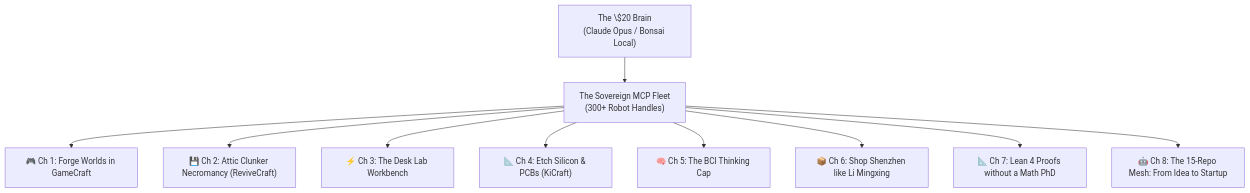
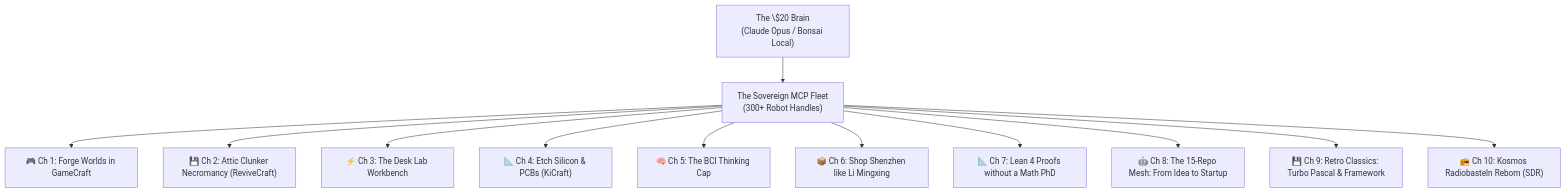
The diagram in docs/YOUNG_DEVS_ILLUSTRATED_PRIMER.md (sandraschi/documentation-mcp), drawn with Mermaid before and after one commit. The commit also changed other lines of this file and 1 other file, not shown here.

Commit message:
docs: add Chapter 9 (Turbo Pascal & Framework) and Chapter 10 (Kosmos Radiobasteln Reborn) to primer

````diff
--- a/docs/YOUNG_DEVS_ILLUSTRATED_PRIMER.md
+++ b/docs/YOUNG_DEVS_ILLUSTRATED_PRIMER.md
@@ -8,16 +8,18 @@
 ```mermaid
 flowchart TD
   Brain["The \$20 Brain<br/>(Claude Opus / Bonsai Local)"]
   Fleet["The Sovereign MCP Fleet<br/>(300+ Robot Handles)"]
   
   Brain --> Fleet
   
   Fleet --> C1["🎮 Ch 1: Forge Worlds in GameCraft"]
   Fleet --> C2["💾 Ch 2: Attic Clunker Necromancy (ReviveCraft)"]
   Fleet --> C3["⚡ Ch 3: The Desk Lab Workbench"]
   Fleet --> C4["📐 Ch 4: Etch Silicon & PCBs (KiCraft)"]
   Fleet --> C5["🧠 Ch 5: The BCI Thinking Cap"]
   Fleet --> C6["📦 Ch 6: Shop Shenzhen like Li Mingxing"]
   Fleet --> C7["📐 Ch 7: Lean 4 Proofs without a Math PhD"]
   Fleet --> C8["🤖 Ch 8: The 15-Repo Mesh: From Idea to Startup"]
+  Fleet --> C9["💾 Ch 9: Retro Classics: Turbo Pascal & Framework"]
+  Fleet --> C10["📻 Ch 10: Kosmos Radiobasteln Reborn (SDR)"]
 ```
````
